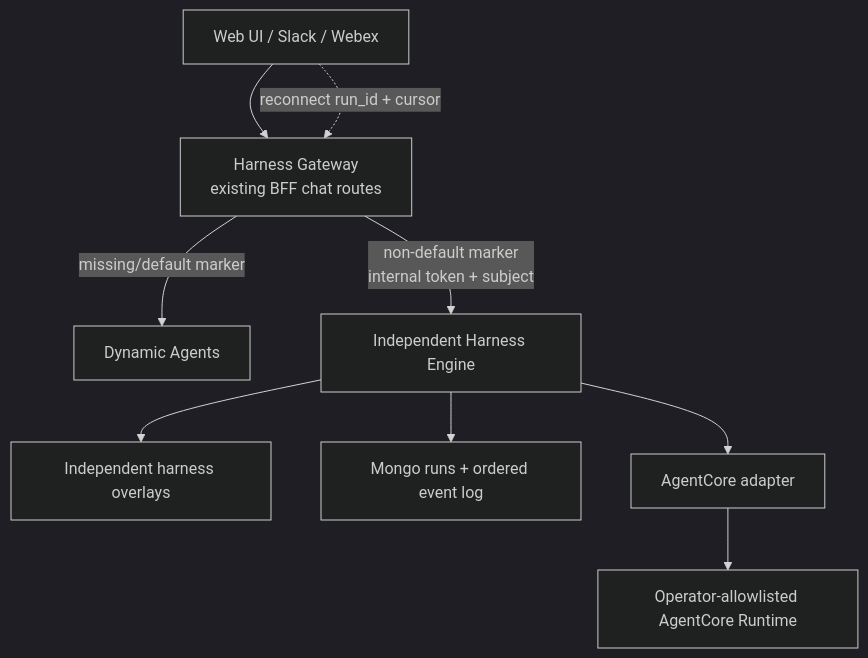
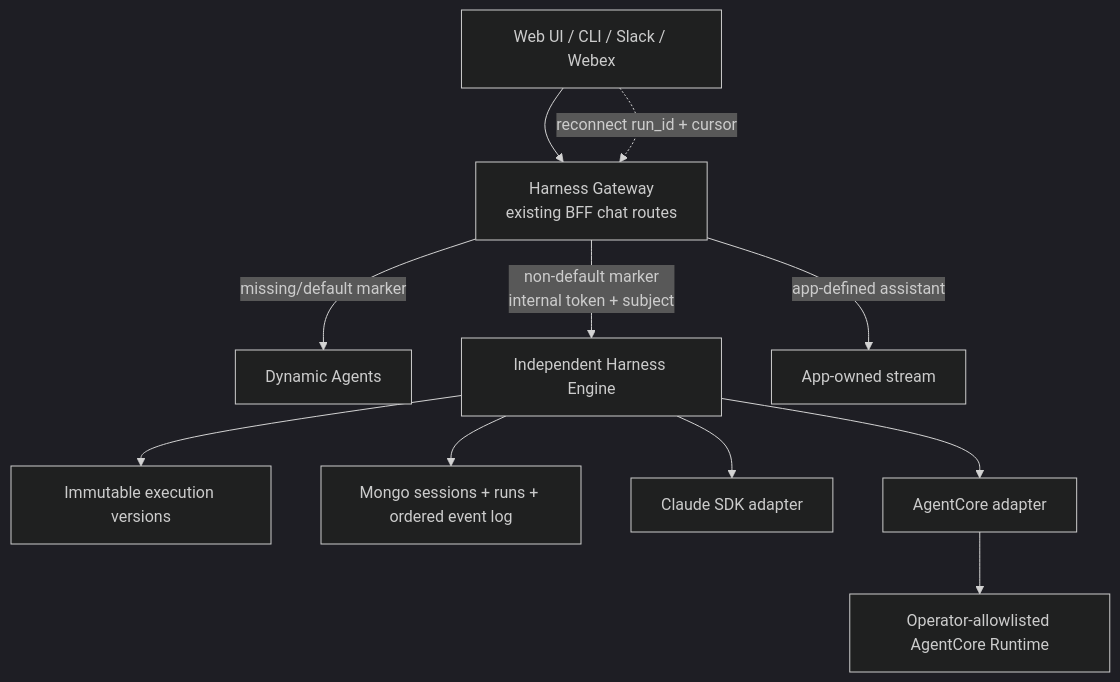
The diagram in docs/docs/specs/2026-08-17-harness-engine/plan.md (cnoe-io/ai-platform-engineering), drawn with Mermaid (dark theme) before and after one commit. The commit also changed other lines of this file and 8 other files, not shown here.

````diff
--- a/docs/docs/specs/2026-08-17-harness-engine/plan.md
+++ b/docs/docs/specs/2026-08-17-harness-engine/plan.md
@@ -65,11 +67,13 @@
 ```mermaid
 flowchart TB
-    C["Web UI / Slack / Webex"] --> HG["Harness Gateway\nexisting BFF chat routes"]
+    C["Web UI / CLI / Slack / Webex"] --> HG["Harness Gateway\nexisting BFF chat routes"]
     HG -->|"missing/default marker"| DA["Dynamic Agents"]
     HG -->|"non-default marker\ninternal token + subject"| HE["Independent Harness Engine"]
-    HE --> CFG["Independent harness overlays"]
-    HE --> RUNS["Mongo runs + ordered event log"]
+    HG -->|"app-defined assistant"| APP["App-owned stream"]
+    HE --> CFG["Immutable execution versions"]
+    HE --> RUNS["Mongo sessions + runs + ordered event log"]
+    HE --> CLAUDE["Claude SDK adapter"]
     HE --> AC["AgentCore adapter"]
     AC --> AWS["Operator-allowlisted AgentCore Runtime"]
     C -. "reconnect run_id + cursor" .-> HG
 ```
````
